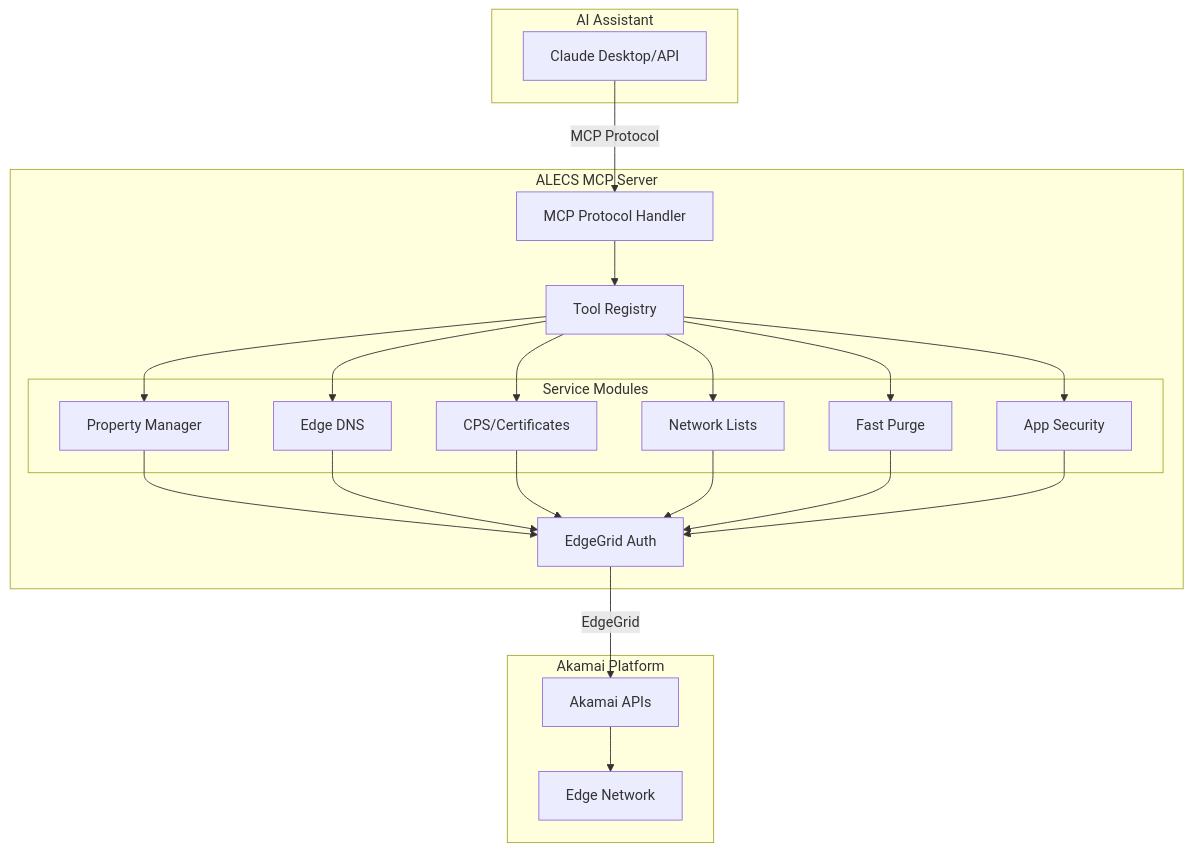
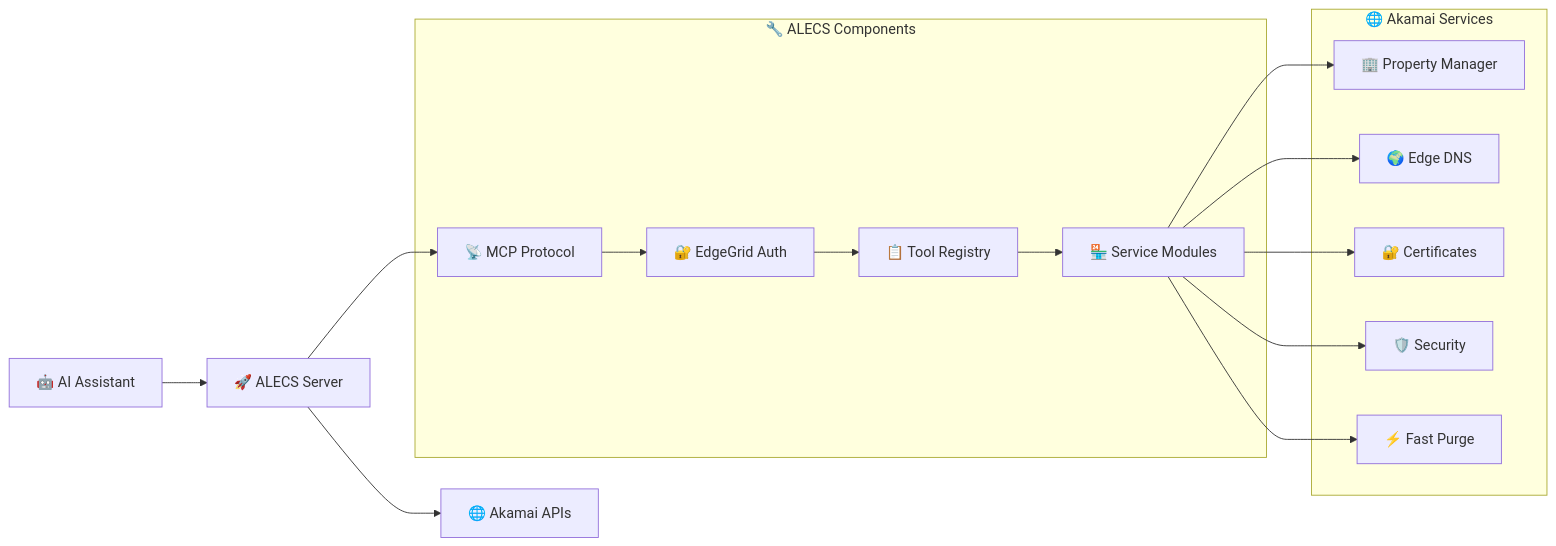
One commit to acedergren/alecs-mcp-server-akamai changed the diagram in README.md. Above: the diagram before and after it, drawn with Mermaid. The commit also changed other lines of this file and 229 other files, not shown here.

First line of the commit message:
feat: migrate certificate, security, reporting, fastpurge, siem, orchestration, and appsec tools to snake_case

````diff
--- a/README.md
+++ b/README.md
@@ -338,33 +293,30 @@
 ```mermaid
-graph TB
-    subgraph "AI Assistant"
-        Claude[Claude Desktop/API]
+graph LR
+    A[🤖 AI Assistant] --> B[🚀 ALECS Server]
+    B --> C[🌐 Akamai APIs]
+
+    subgraph "🔧 ALECS Components"
+        B1[📡 MCP Protocol]
+        B2[🔐 EdgeGrid Auth]
+        B3[📋 Tool Registry]
+        B4[🏪 Service Modules]
     end
-    
-    subgraph "ALECS MCP Server"
-        MCP[MCP Protocol Handler]
-        Auth[EdgeGrid Auth]
-        Tools[Tool Registry]
-        
-        subgraph "Service Modules"
-            PM[Property Manager]
-            DNS[Edge DNS]
-            CPS[CPS/Certificates]
-            NL[Network Lists]
-            FP[Fast Purge]
-            AS[App Security]
-        end
+
+    subgraph "🌐 Akamai Services"
+        C1[🏢 Property Manager]
+        C2[🌍 Edge DNS]
+        C3[🔐 Certificates]
+        C4[🛡️ Security]
+        C5[⚡ Fast Purge]
     end
-    
-    subgraph "Akamai Platform"
-        API[Akamai APIs]
-        Edge[Edge Network]
-    end
-    
-    Claude -->|MCP Protocol| MCP
-    MCP --> Tools
-    Tools --> PM & DNS & CPS & NL & FP & AS
-    PM & DNS & CPS & NL & FP & AS --> Auth
-    Auth -->|EdgeGrid| API
-    API --> Edge
+
+    B --> B1
+    B1 --> B2
+    B2 --> B3
+    B3 --> B4
+    B4 --> C1
+    B4 --> C2
+    B4 --> C3
+    B4 --> C4
+    B4 --> C5
 ```
````
